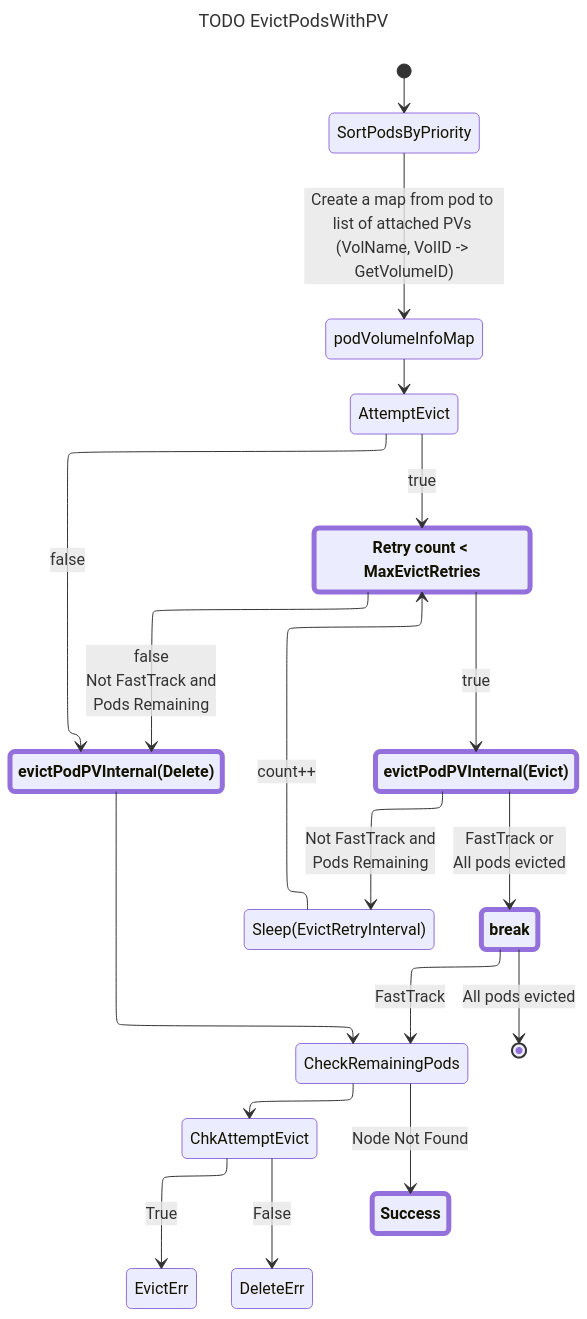
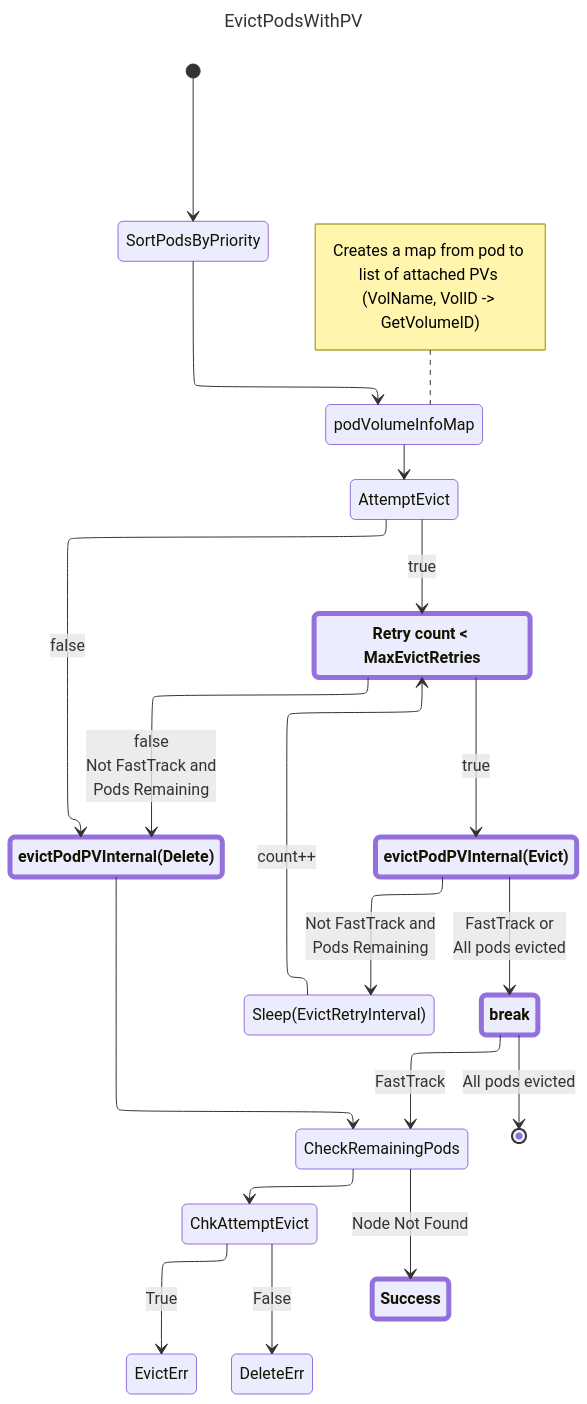
Before and after one commit to brongulus/brongulus.github.io: the ninth of 13 diagrams in content/notes/2fast2mcm.md, drawn with Mermaid. The commit also changed other lines of this file and 130 other files, not shown here.

````diff
--- a/content/notes/2fast2mcm.md
+++ b/content/notes/2fast2mcm.md
@@ -431,35 +431,38 @@
 ```mermaid
 ---
-title: TODO EvictPodsWithPV
+title: EvictPodsWithPV
 config:
   layout: elk
 ---
 stateDiagram-v2
     classDef imp font-weight:bold,stroke-width:5px;
         state "Retry count < MaxEvictRetries" as Term
         state "Sleep(EvictRetryInterval)" as SRC
         state "CheckRemainingPods" as CRP
         
         [*] --> SortPodsByPriority
-        SortPodsByPriority --> podVolumeInfoMap : Create a map from pod to list of attached PVs (VolName, VolID -> GetVolumeID)
+        SortPodsByPriority --> podVolumeInfoMap
+        note left of podVolumeInfoMap
+            Creates a map from pod to list of attached PVs (VolName, VolID -> GetVolumeID)
+        end note
 
         podVolumeInfoMap --> AttemptEvict
         AttemptEvict --> evictPodPVInternal(Delete):::imp : false
         AttemptEvict --> Term:::imp : true
         Term:::imp --> evictPodPVInternal(Evict):::imp : true
         evictPodPVInternal(Evict):::imp --> break:::imp : FastTrack or<br/>All pods evicted
         evictPodPVInternal(Evict):::imp --> SRC : Not FastTrack and<br/>Pods Remaining
         SRC --> Term:::imp : count++
 
         Term:::imp --> evictPodPVInternal(Delete):::imp : false<br/>Not FastTrack and<br/>Pods Remaining
         break:::imp --> [*] : All pods evicted
 
         break:::imp --> CRP : FastTrack
         evictPodPVInternal(Delete):::imp --> CRP
 
         CRP --> Success:::imp : Node Not Found
         CRP --> ChkAttemptEvict
         ChkAttemptEvict --> EvictErr : True
         ChkAttemptEvict --> DeleteErr : False
 
 ```
````
